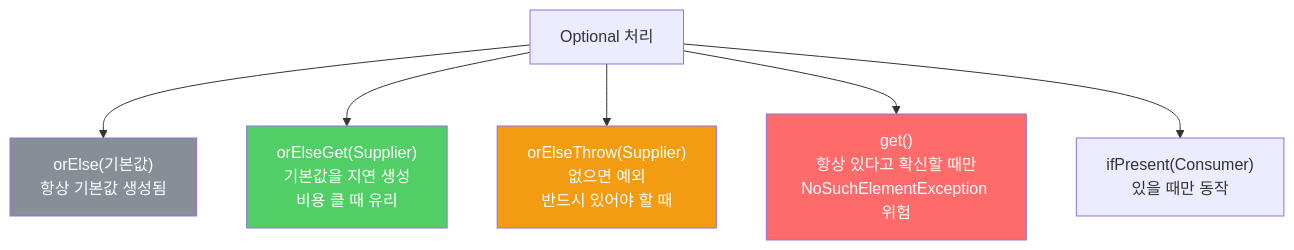
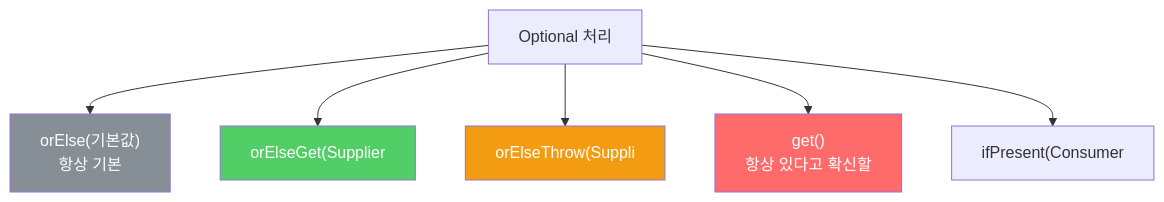
One commit to yjkim2015/yjkim2015.github.io changed the first of 2 diagrams in _posts/java/2022-02-08-effective-java55.md. Above: the diagram before and after it, drawn with Mermaid. The commit also changed other lines of this file and 271 other files, not shown here.

First line of the commit message:
Mermaid 라벨 축소: 긴 노드 텍스트 18자 이하로 트림 + \n 제거

````diff
--- a/_posts/java/2022-02-08-effective-java55.md
+++ b/_posts/java/2022-02-08-effective-java55.md
@@ -85,12 +85,12 @@
 ```mermaid
 graph TD
-    A["Optional<T> 처리"] --> B["orElse(기본값)\n항상 기본값 생성됨"]
-    A --> C["orElseGet(Supplier)\n기본값을 지연 생성\n비용 클 때 유리"]
-    A --> D["orElseThrow(Supplier)\n없으면 예외\n반드시 있어야 할 때"]
-    A --> E["get()\n항상 있다고 확신할 때만\nNoSuchElementException 위험"]
-    A --> F["ifPresent(Consumer)\n있을 때만 동작"]
+    A["Optional<T> 처리"] --> B["orElse(기본값)\n항상 기본"]
+    A --> C["orElseGet(Supplier"]
+    A --> D["orElseThrow(Suppli"]
+    A --> E["get()\n항상 있다고 확신할"]
+    A --> F["ifPresent(Consumer"]
     style C fill:#51cf66,color:#fff
     style D fill:#f39c12,color:#fff
     style E fill:#ff6b6b,color:#fff
     style B fill:#868e96,color:#fff
 ```
````
